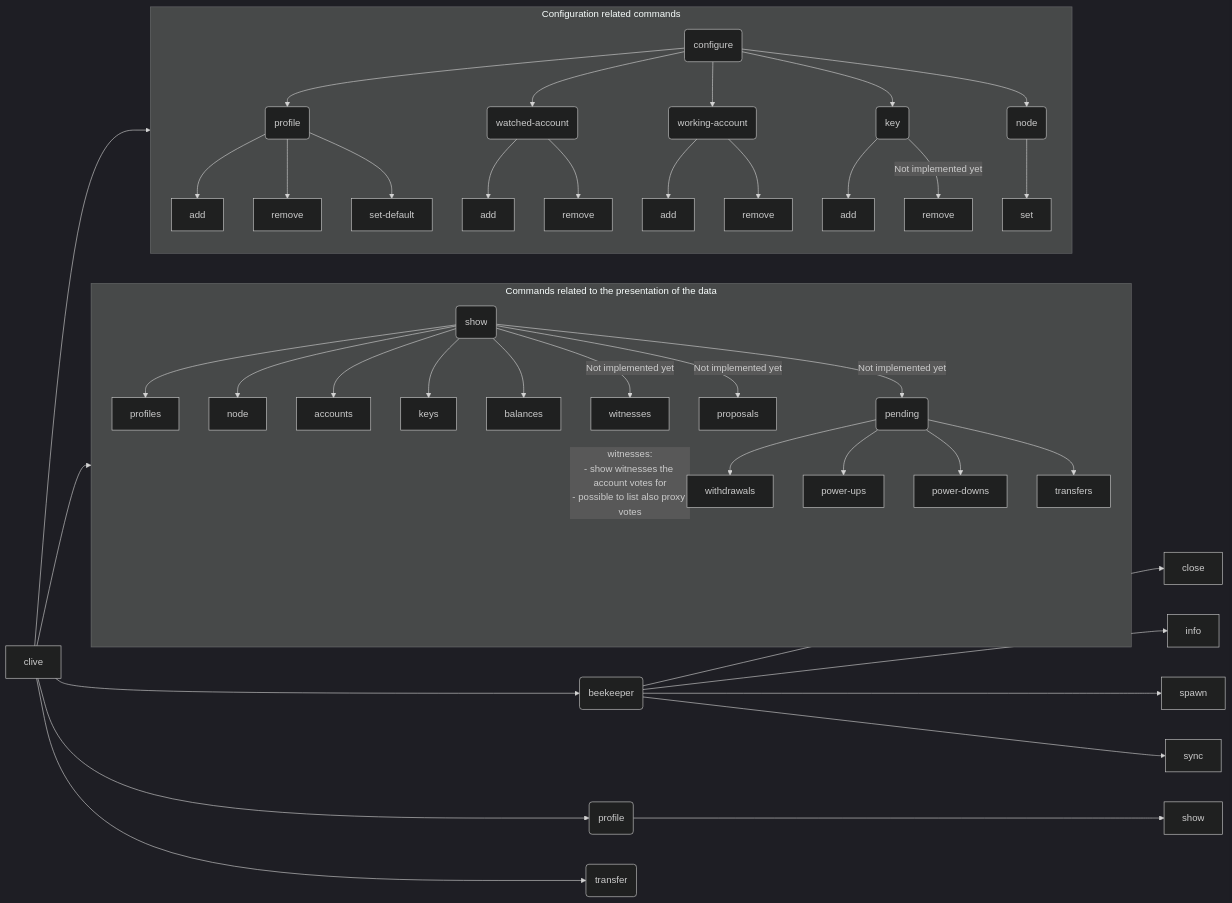
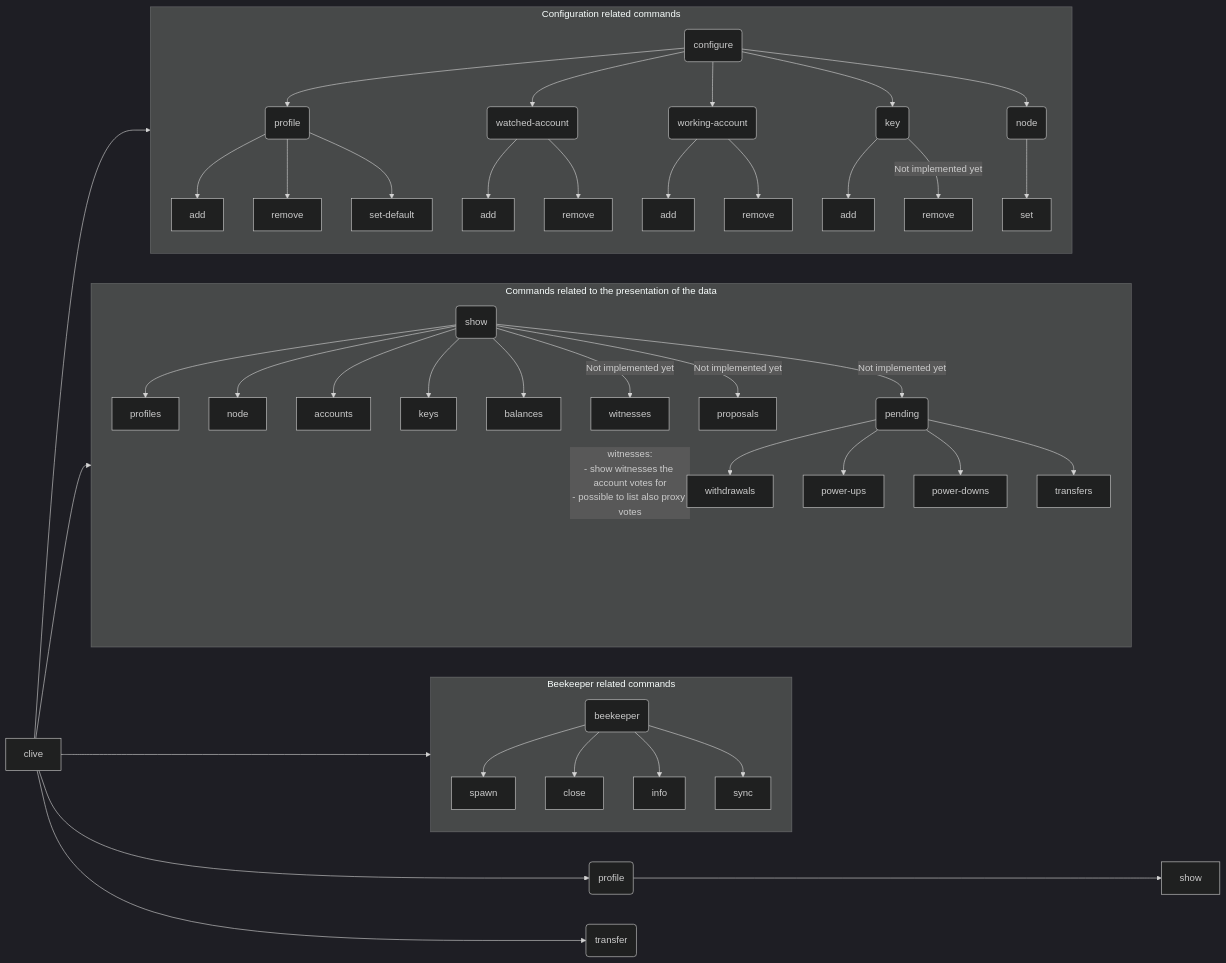
The diagram in clive/__private/cli/commands_structure.md (openhive-network/clive), drawn with Mermaid (dark theme) before and after one commit.

Commit message:
Create a subgraph for the beekeeper-related commands

````diff
--- a/clive/__private/cli/commands_structure.md
+++ b/clive/__private/cli/commands_structure.md
@@ -16,59 +16,62 @@
 ```mermaid
 flowchart LR
     Clive[clive] --> Configuration
     Clive --> Presentation
+    Clive --> BeekeeperRelated
+
+    subgraph BeekeeperRelated[Beekeeper related commands]
+        Beekeeper(beekeeper) --> BeekeeperSpawn[spawn]
+        Beekeeper --> BeekeeperClose[close]
+        Beekeeper --> BeekeeperInfo[info]
+        Beekeeper --> BeekeeperSync[sync]
+    end
 
     subgraph Presentation[Commands related to the presentation of the data]
         Show(show) --> ShowProfiles[profiles]
 
         Show --> ShowNode[node]
 
         Show --> ShowAccounts[accounts]
 
         Show --> ShowKeys[keys]
 
         Show --> ShowBalances[balances]
 
         Show -->|"Not implemented yet"| ShowWitnesses[witnesses]
         ShowWitnesses ~~~|"witnesses:<br>- show witnesses the account votes for<br>- possible to list also proxy votes"| ShowWitnesses
 
         Show -->|"Not implemented yet"| ShowProposals[proposals]
 
         Show -->|"Not implemented yet"| ShowPending(pending)
         ShowPending --> ShowPendingTransferFromSavings[withdrawals]
         ShowPending --> ShowPendingPowerUps[power-ups]
         ShowPending --> ShowPendingPowerDowns[power-downs]
         ShowPending --> ShowPendingRecurrentTransfers[transfers]
     end
 
     subgraph Configuration[Configuration related commands]
         Configure(configure) --> ConfigureProfile(profile)
         ConfigureProfile --> CreateProfile[add]
         ConfigureProfile --> DeleteProfile[remove]
         ConfigureProfile --> SetDefaultProfile[set-default]
 
         Configure --> ConfigureWatchedAccount(watched-account)
         ConfigureWatchedAccount --> AddWatchedAccount[add]
         ConfigureWatchedAccount --> RemoveWatchedAccount[remove]
 
         Configure --> ConfigureWorkingAccount(working-account)
         ConfigureWorkingAccount --> AddWorkingAccount[add]
         ConfigureWorkingAccount --> RemoveWorkingAccount[remove]
 
         Configure --> ConfigureKey(key)
         ConfigureKey --> AddKey[add]
         ConfigureKey -->|"Not implemented yet"| RemoveKey[remove]
 
         Configure --> ConfigureNode(node)
         ConfigureNode --> SetNode[set]
     end
 
-    Clive --> Beekeeper(beekeeper)
-    Beekeeper --> BeekeeperClose[close]
-    Beekeeper --> BeekeeperInfo[info]
-    Beekeeper --> BeekeeperSpawn[spawn]
-    Beekeeper --> BeekeeperSync[sync]
     Clive --> Profile(profile)
     Profile --> ProfileShow[show]
     Clive --> Transfer(transfer)
 ```
````
